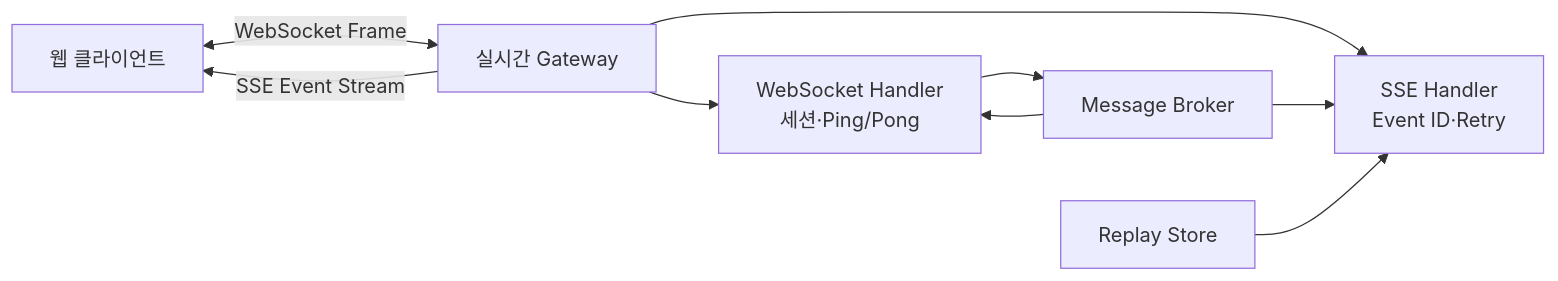
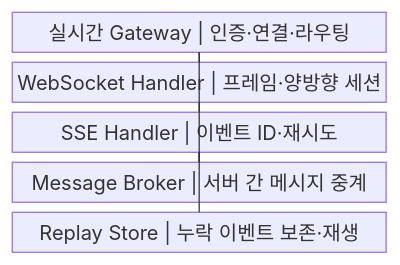
The first of 2 diagrams in src/content/docs/notes/03-software/178_websocket_sse.md (agnusdei1207/knowledge-base), drawn with Mermaid before and after one commit. The commit also changed other lines of this file and 20 other files, not shown here.

````diff
--- a/src/content/docs/notes/03-software/178_websocket_sse.md
+++ b/src/content/docs/notes/03-software/178_websocket_sse.md
@@ -58,11 +54,14 @@
 ```mermaid
-flowchart LR
-    C["웹 클라이언트"] <-->|"WebSocket Frame"| G["실시간 Gateway"]
-    G -->|"SSE Event Stream"| C
-    G --> W["WebSocket Handler<br/>세션·Ping/Pong"]
-    G --> S["SSE Handler<br/>Event ID·Retry"]
-    B["Message Broker"] --> W
-    B --> S
-    R["Replay Store"] --> S
-    W --> B
+block
+    columns 1
+    A["실시간 Gateway | 인증·연결·라우팅"]
+    B["WebSocket Handler | 프레임·양방향 세션"]
+    C["SSE Handler | 이벤트 ID·재시도"]
+    D["Message Broker | 서버 간 메시지 중계"]
+    E["Replay Store | 누락 이벤트 보존·재생"]
+    A --- B
+    A --- C
+    B --- D
+    C --- D
+    C --- E
 ```
````
